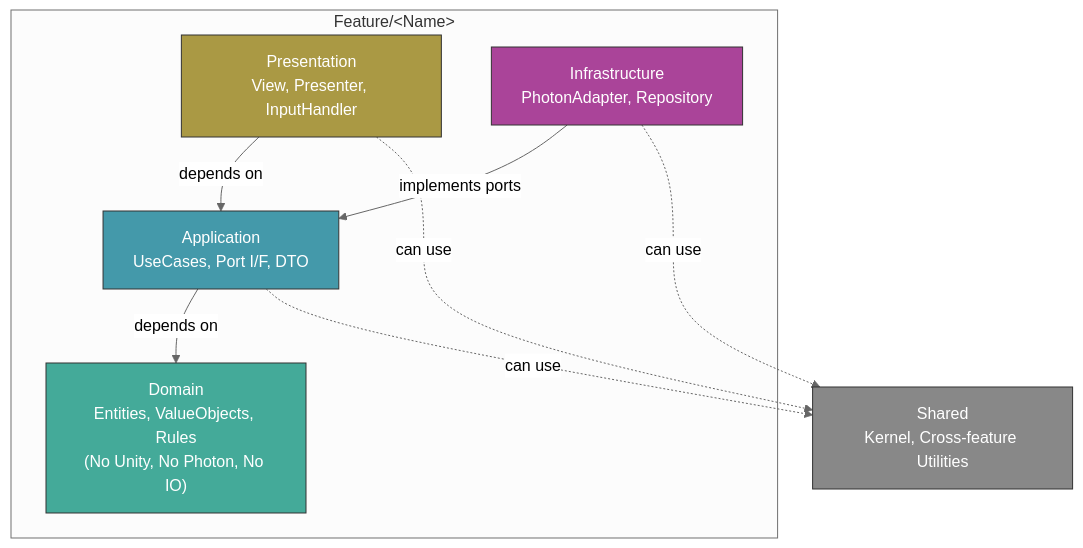
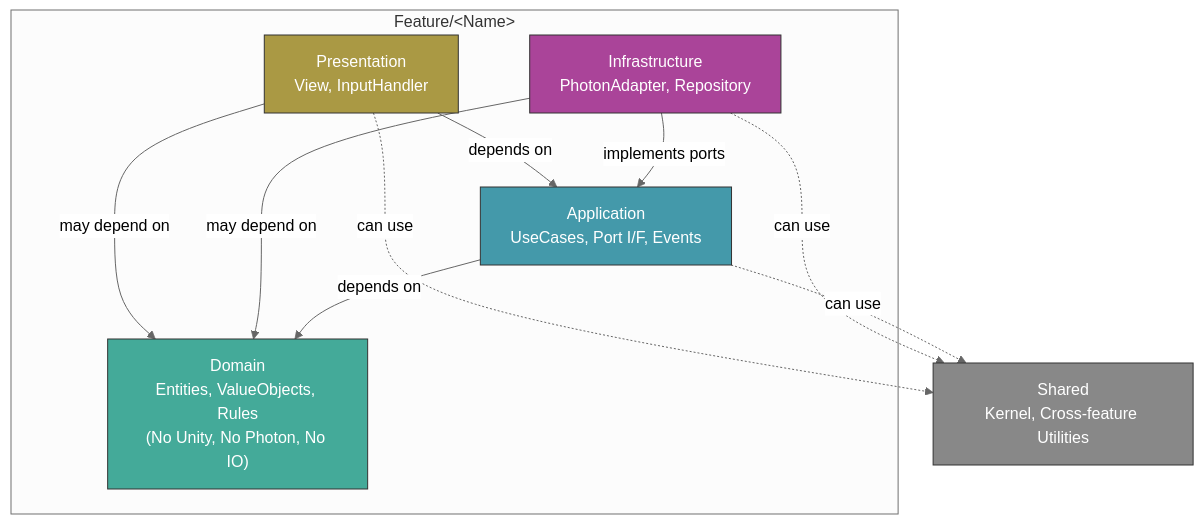
The diagram in docs/architecture-diagram.md (KongJin/JG), drawn with Mermaid (neutral theme) before and after one commit. The commit also changed other lines of this file and 13 other files, not shown here.

First line of the commit message:
docs: consolidate agent rules into architecture.md

````diff
--- a/docs/architecture-diagram.md
+++ b/docs/architecture-diagram.md
@@ -3,25 +5,27 @@
 ```mermaid
 graph TB
     subgraph "Feature/&lt;Name&gt;"
-        Presentation["Presentation<br/>View, Presenter, InputHandler"]
+        Presentation["Presentation<br/>View, InputHandler"]
         Infrastructure["Infrastructure<br/>PhotonAdapter, Repository"]
-        Application["Application<br/>UseCases, Port I/F, DTO"]
+        Application["Application<br/>UseCases, Port I/F, Events"]
         Domain["Domain<br/>Entities, ValueObjects, Rules<br/>(No Unity, No Photon, No IO)"]
     end
 
     Shared["Shared<br/>Kernel, Cross-feature Utilities"]
 
     Presentation -->|depends on| Application
+    Presentation -->|may depend on| Domain
     Infrastructure -->|implements ports| Application
+    Infrastructure -->|may depend on| Domain
     Application -->|depends on| Domain
 
     Presentation -.->|can use| Shared
     Infrastructure -.->|can use| Shared
     Application -.->|can use| Shared
 
     style Domain fill:#4a9,stroke:#333,color:#fff
     style Application fill:#49a,stroke:#333,color:#fff
     style Presentation fill:#a94,stroke:#333,color:#fff
     style Infrastructure fill:#a49,stroke:#333,color:#fff
     style Shared fill:#888,stroke:#333,color:#fff
 ```
````
